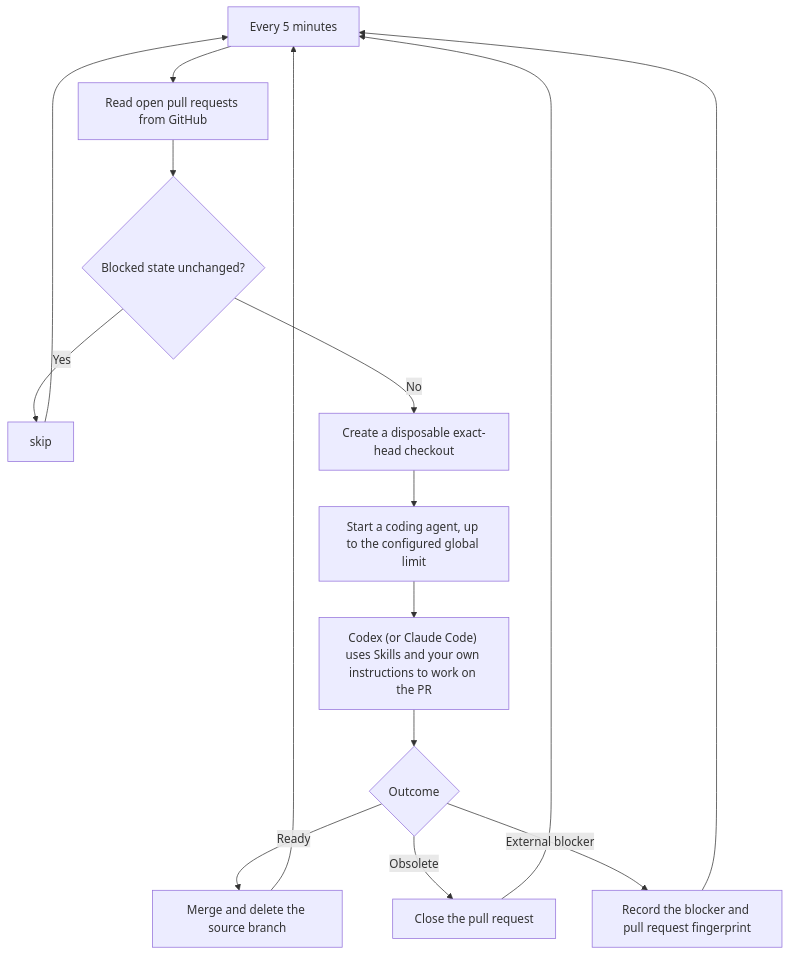
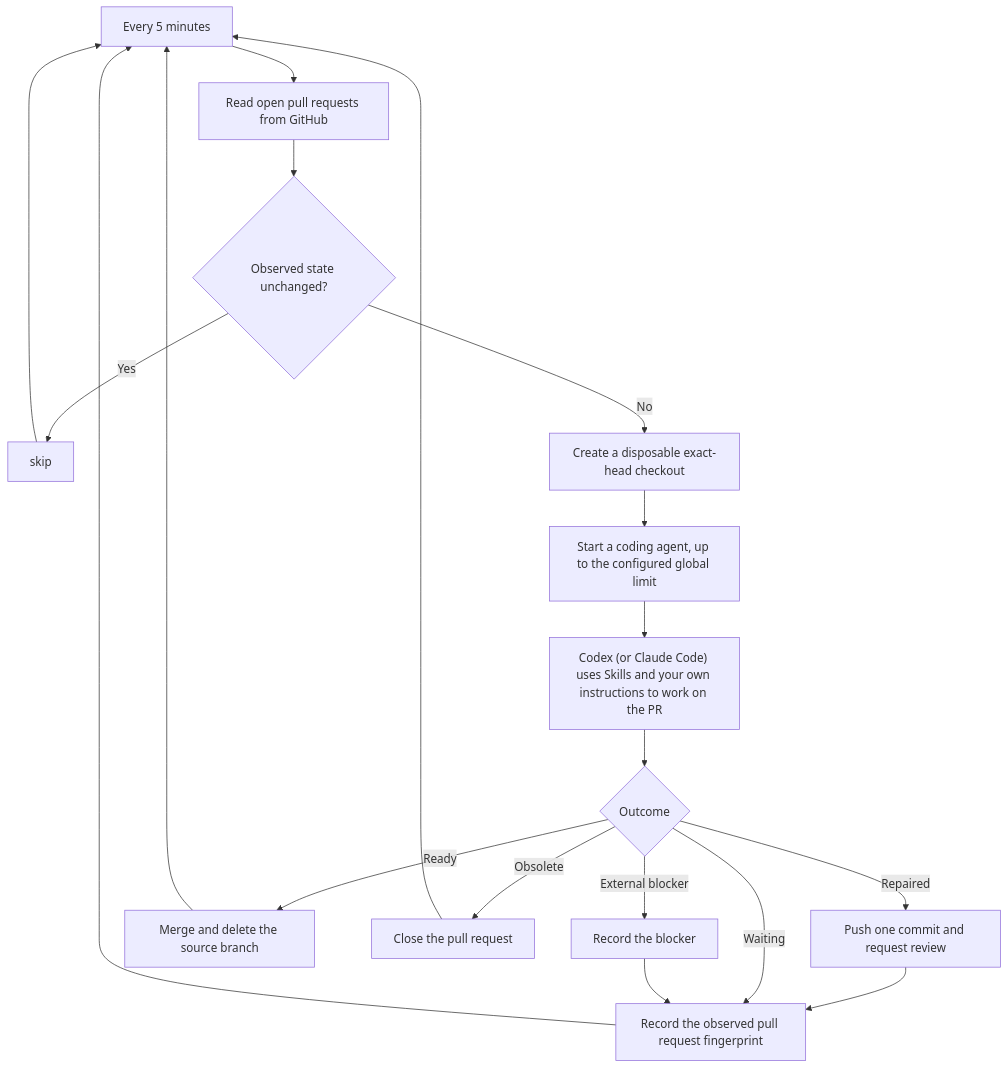
The diagram in README.md (vite-hub/vitehub), drawn with Mermaid before and after one commit. The commit also changed other lines of this file and 6 other files, not shown here.

````diff
--- a/README.md
+++ b/README.md
@@ -7,17 +7,21 @@
 ```mermaid
 flowchart TD
     schedule["Every 5 minutes"] --> discover["Read open pull requests from GitHub"]
-    discover --> unchanged{"Blocked state unchanged?"}
+    discover --> unchanged{"Observed state unchanged?"}
     unchanged -- Yes --> skip
     skip --> schedule
     unchanged -- No --> checkout["Create a disposable exact-head checkout"]
     checkout --> agent["Start a coding agent, up to the configured global limit"]
     agent --> work["Codex (or Claude Code) uses Skills and your own instructions to work on the PR"]
     work --> outcome{"Outcome"}
+    outcome -- Repaired --> review["Push one commit and request review"]
+    review --> park["Record the observed pull request fingerprint"]
+    outcome -- Waiting --> park
     outcome -- Ready --> merge["Merge and delete the source branch"]
     outcome -- Obsolete --> close["Close the pull request"]
-    outcome -- External blocker --> block["Record the blocker and pull request fingerprint"]
-    block --> schedule
+    outcome -- External blocker --> block["Record the blocker"]
+    block --> park
+    park --> schedule
     merge --> schedule
     close --> schedule
 ```
````
